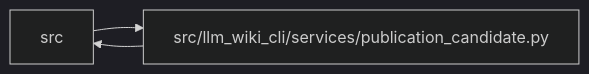
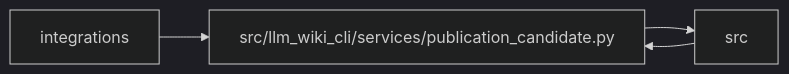
One commit to Denissvgn/python-wiki-llm changed the diagram in docs/llm_wiki/modules/publication_candidate.md. Above: the diagram before and after it, drawn with Mermaid (dark theme). The commit also changed other lines of this file and 369 other files, not shown here.

Commit message:
feat: install a read-only GitHub wiki candidate workflow

````diff
--- a/docs/llm_wiki/modules/publication_candidate.md
+++ b/docs/llm_wiki/modules/publication_candidate.md
@@ -35,8 +35,10 @@
 ```mermaid
 flowchart LR
-    n0["src"]
-    n1["src/llm_wiki_cli/services/publication_candidate.py"]
-    n0 --> n1
-    n1 --> n0
-    click n1 "../modules/publication_candidate.md"
+    n0["integrations"]
+    n1["src"]
+    n2["src/llm_wiki_cli/services/publication_candidate.py"]
+    n0 --> n2
+    n1 --> n2
+    n2 --> n1
+    click n2 "../modules/publication_candidate.md"
 ```
````
